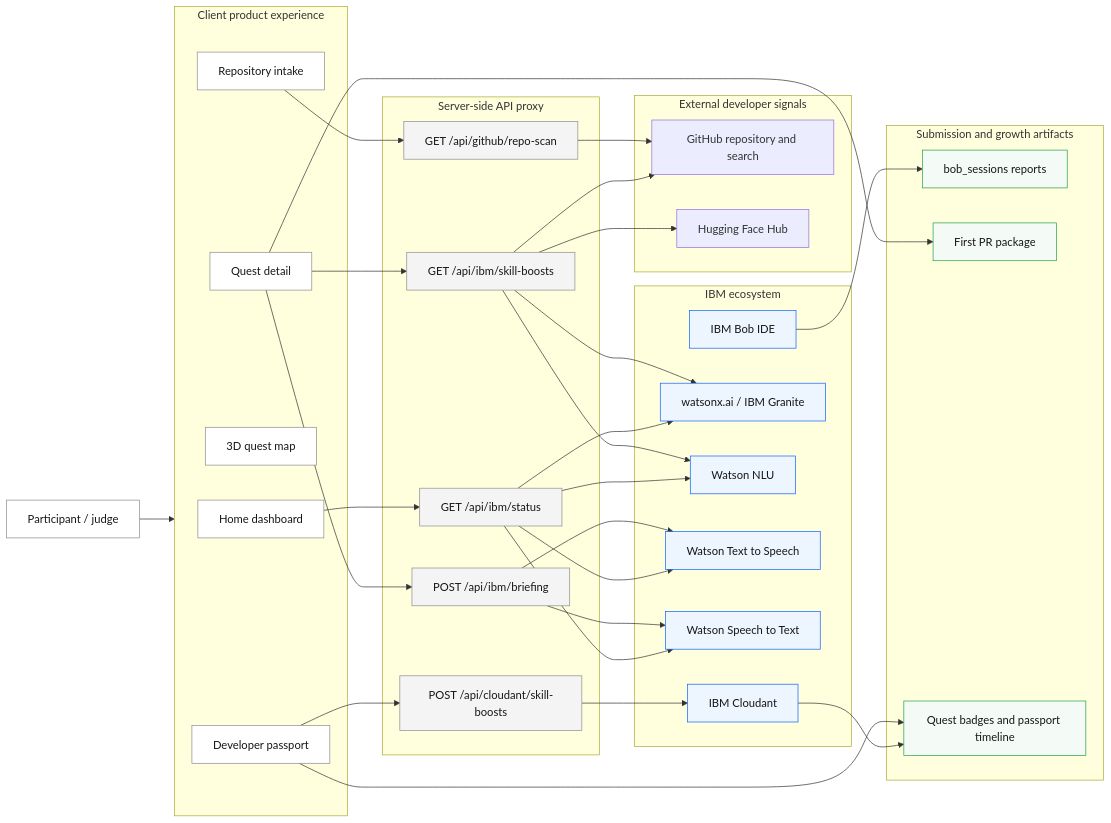
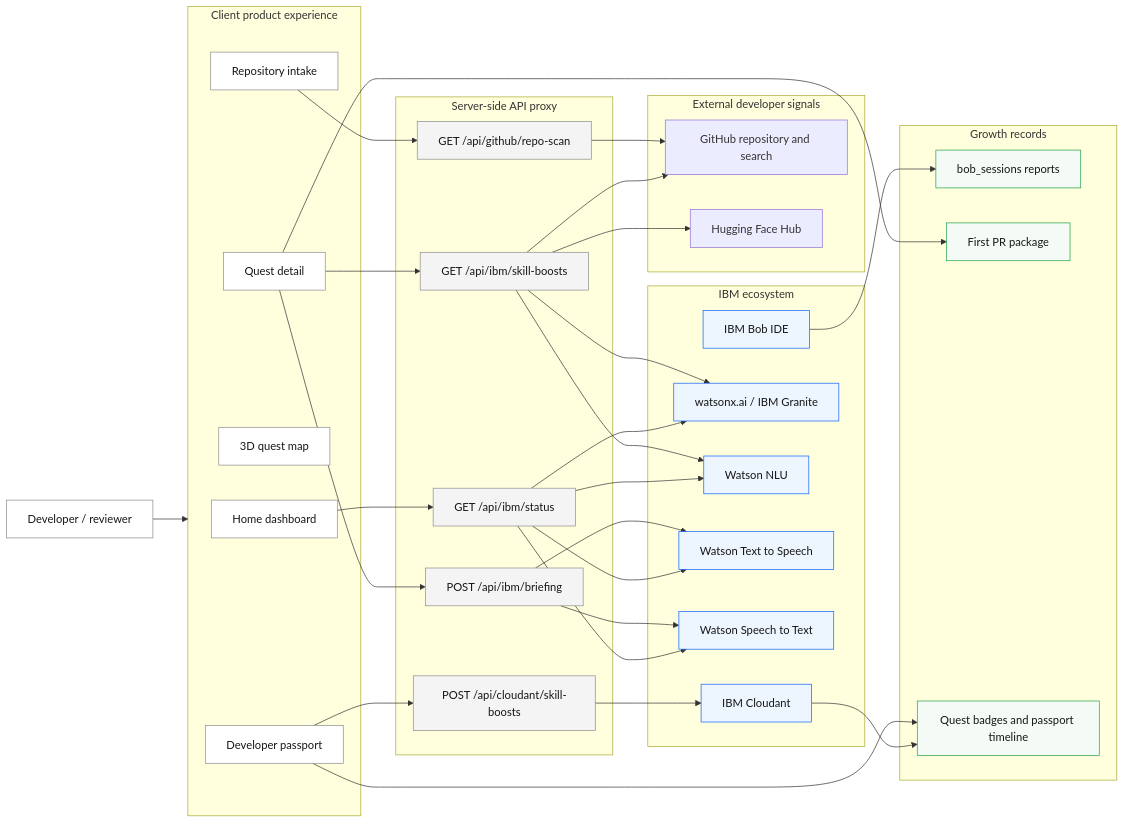
Before and after one commit to 1wos/CodeQuestBob: the diagram in docs/architecture/codequest-bob-architecture.mmd, drawn with Mermaid. The commit also changed 16 other files, not shown here.

Commit message:
docs: add stack icons to architecture graphic

```diff
--- a/docs/architecture/codequest-bob-architecture.mmd
+++ b/docs/architecture/codequest-bob-architecture.mmd
@@ -1,73 +1,73 @@
 flowchart LR
-  user["Participant / judge"]
+  user["Developer / reviewer"]
 
   subgraph client["Client product experience"]
     home["Home dashboard"]
     scan["Repository intake"]
     map["3D quest map"]
     detail["Quest detail"]
     passport["Developer passport"]
   end
 
   subgraph proxy["Server-side API proxy"]
     githubScan["GET /api/github/repo-scan"]
     skillBoosts["GET /api/ibm/skill-boosts"]
     briefing["POST /api/ibm/briefing"]
     cloudantSave["POST /api/cloudant/skill-boosts"]
     status["GET /api/ibm/status"]
   end
 
   subgraph sources["External developer signals"]
     github["GitHub repository and search"]
     huggingface["Hugging Face Hub"]
   end
 
   subgraph ibm["IBM ecosystem"]
     bob["IBM Bob IDE"]
     granite["watsonx.ai / IBM Granite"]
     nlu["Watson NLU"]
     tts["Watson Text to Speech"]
     stt["Watson Speech to Text"]
     cloudant["IBM Cloudant"]
   end
 
-  subgraph artifacts["Submission and growth artifacts"]
+  subgraph artifacts["Growth records"]
     sessions["bob_sessions reports"]
     packages["First PR package"]
     badges["Quest badges and passport timeline"]
   end
 
   user --> client
   scan --> githubScan
   detail --> skillBoosts
   detail --> briefing
   passport --> cloudantSave
   home --> status
 
   githubScan --> github
   skillBoosts --> github
   skillBoosts --> huggingface
   skillBoosts --> nlu
   skillBoosts --> granite
   briefing --> tts
   briefing --> stt
   cloudantSave --> cloudant
   status --> granite
   status --> nlu
   status --> tts
   status --> stt
 
   bob --> sessions
   detail --> packages
   passport --> badges
   cloudant --> badges
 
   classDef product fill:#ffffff,stroke:#8d8d8d,color:#161616;
   classDef proxy fill:#f4f4f4,stroke:#8d8d8d,color:#161616;
   classDef ibm fill:#edf5ff,stroke:#0f62fe,color:#161616;
   classDef artifact fill:#f4fbf6,stroke:#24a148,color:#161616;
 
   class user,home,scan,map,detail,passport product;
   class githubScan,skillBoosts,briefing,cloudantSave,status proxy;
   class bob,granite,nlu,tts,stt,cloudant ibm;
   class sessions,packages,badges artifact;
```
